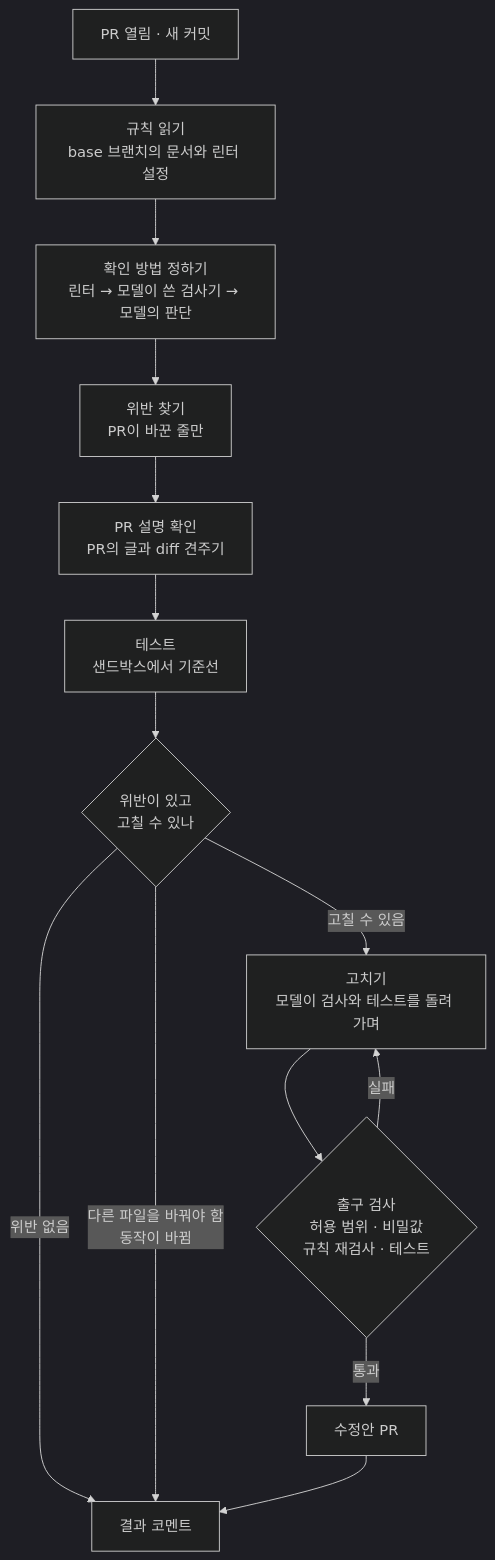
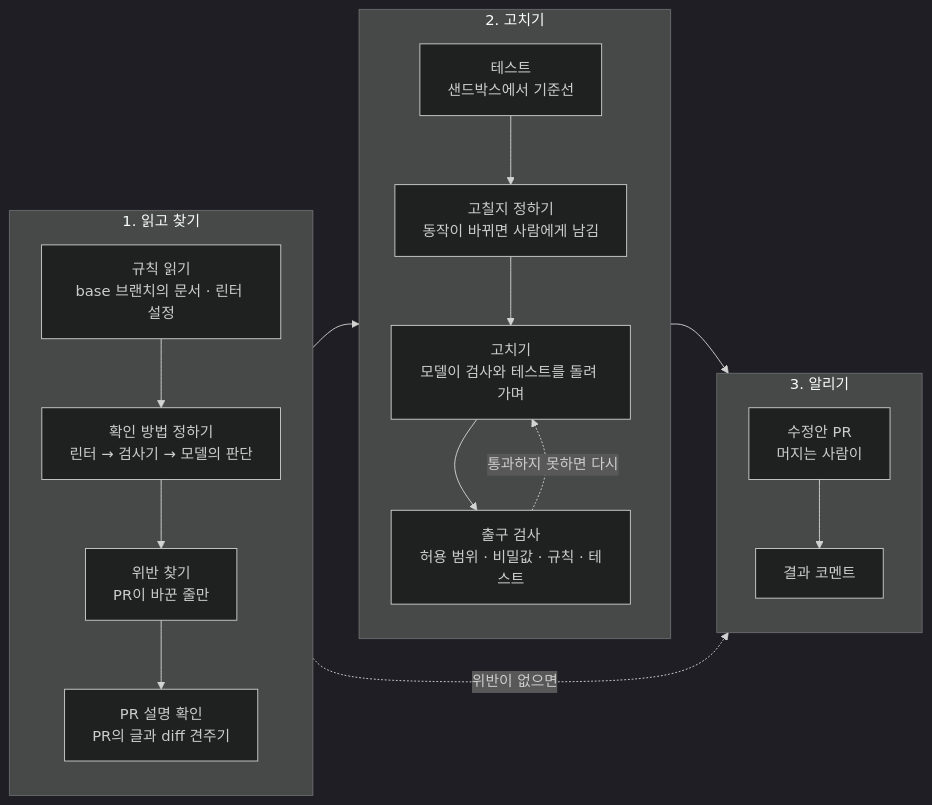
Before and after one commit to Eunryong/pr-proof: the second of 2 diagrams in README.md, drawn with Mermaid (dark theme).

Commit message:
README의 PR 흐름도를 옆으로 놓이게 고친다
위에서 아래로 열 칸이 이어져 너무 길었다. 읽고 찾기, 고치기, 알리기의 세 묶음을 옆으로 놓는다.

````diff
--- a/README.md
+++ b/README.md
@@ -279,16 +279,22 @@
 ```mermaid
-flowchart TD
-    A["PR 열림 · 새 커밋"] --> B["규칙 읽기<br/>base 브랜치의 문서와 린터 설정"]
-    B --> C["확인 방법 정하기<br/>린터 → 모델이 쓴 검사기 → 모델의 판단"]
-    C --> D["위반 찾기<br/>PR이 바꾼 줄만"]
-    D --> E["PR 설명 확인<br/>PR의 글과 diff 견주기"]
-    E --> F["테스트<br/>샌드박스에서 기준선"]
-    F --> G{"위반이 있고<br/>고칠 수 있나"}
-    G -- "위반 없음" --> K["결과 코멘트"]
-    G -- "다른 파일을 바꿔야 함<br/>동작이 바뀜" --> K
-    G -- "고칠 수 있음" --> H["고치기<br/>모델이 검사와 테스트를 돌려 가며"]
-    H --> I{"출구 검사<br/>허용 범위 · 비밀값<br/>규칙 재검사 · 테스트"}
-    I -- "통과" --> J["수정안 PR"]
-    I -- "실패" --> H
-    J --> K
+flowchart LR
+    subgraph S1["1. 읽고 찾기"]
+        direction TB
+        A1["규칙 읽기<br/>base 브랜치의 문서 · 린터 설정"] --> A2["확인 방법 정하기<br/>린터 → 검사기 → 모델의 판단"]
+        A2 --> A3["위반 찾기<br/>PR이 바꾼 줄만"]
+        A3 --> A4["PR 설명 확인<br/>PR의 글과 diff 견주기"]
+    end
+    subgraph S2["2. 고치기"]
+        direction TB
+        B1["테스트<br/>샌드박스에서 기준선"] --> B2["고칠지 정하기<br/>동작이 바뀌면 사람에게 남김"]
+        B2 --> B3["고치기<br/>모델이 검사와 테스트를 돌려 가며"]
+        B3 --> B4["출구 검사<br/>허용 범위 · 비밀값 · 규칙 · 테스트"]
+        B4 -. "통과하지 못하면 다시" .-> B3
+    end
+    subgraph S3["3. 알리기"]
+        direction TB
+        C1["수정안 PR<br/>머지는 사람이"] --> C2["결과 코멘트"]
+    end
+    S1 --> S2 --> S3
+    S1 -. "위반이 없으면" .-> S3
 ```
````
